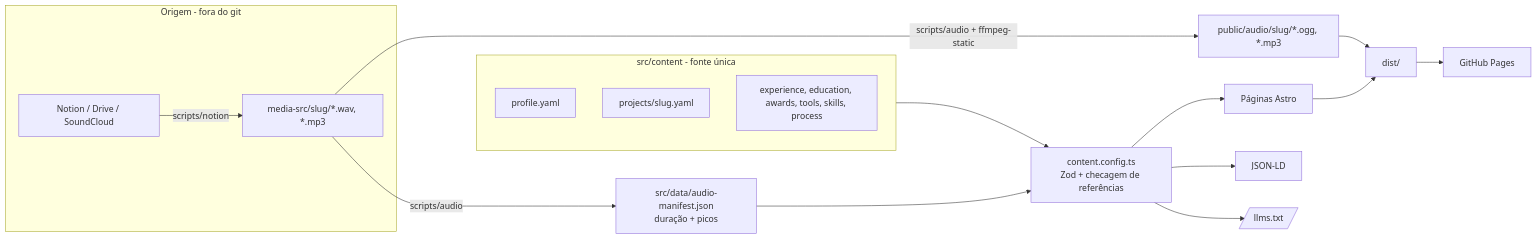
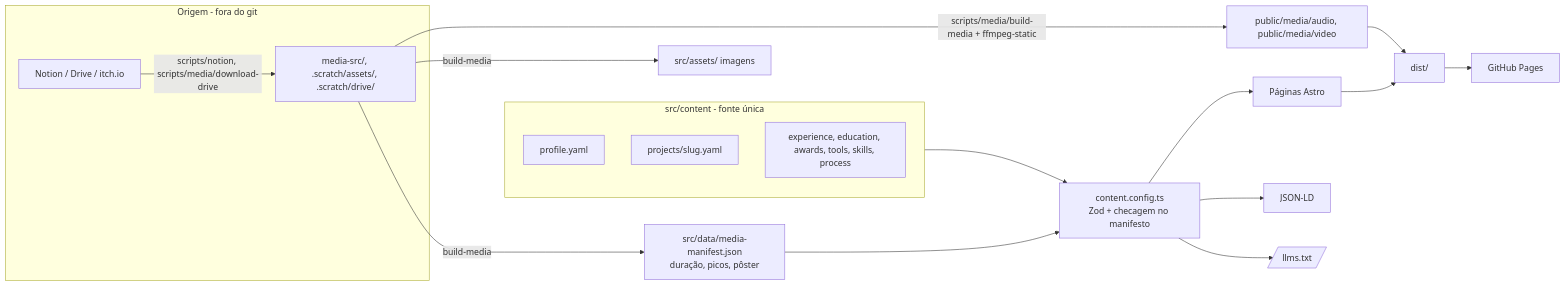
One commit to juacunha/juacunha.github.io changed the diagram in docs/specs/design.md. Above: the diagram before and after it, drawn with Mermaid. The commit also changed other lines of this file and 219 other files, not shown here.

````diff
--- a/docs/specs/design.md
+++ b/docs/specs/design.md
@@ -7,23 +7,24 @@
 ```mermaid
 flowchart LR
   subgraph origem [Origem - fora do git]
-    notion[Notion / Drive / SoundCloud]
-    mediasrc[media-src/slug/*.wav, *.mp3]
+    notion[Notion / Drive / itch.io]
+    src[media-src/, .scratch/assets/, .scratch/drive/]
   end
-  notion -->|scripts/notion| mediasrc
-  mediasrc -->|scripts/audio + ffmpeg-static| audio[public/audio/slug/*.ogg, *.mp3]
-  mediasrc -->|scripts/audio| manifest[src/data/audio-manifest.json<br/>duração + picos]
+  notion -->|scripts/notion, scripts/media/download-drive| src
+  src -->|scripts/media/build-media + ffmpeg-static| media[public/media/audio, public/media/video]
+  src -->|build-media| imgs[src/assets/ imagens]
+  src -->|build-media| manifest[src/data/media-manifest.json<br/>duração, picos, pôster]
   subgraph content [src/content - fonte única]
     profile[profile.yaml]
     projects[projects/slug.yaml]
     outros[experience, education, awards, tools, skills, process]
   end
-  content --> zod[content.config.ts<br/>Zod + checagem de referências]
+  content --> zod[content.config.ts<br/>Zod + checagem no manifesto]
   manifest --> zod
   zod --> pages[Páginas Astro]
   zod --> jsonld[JSON-LD]
   zod --> llms[/llms.txt/]
   pages --> dist[dist/]
-  audio --> dist
-  dist --> pages_gh[GitHub Pages]
+  media --> dist
+  dist --> gh[GitHub Pages]
 ```
````
